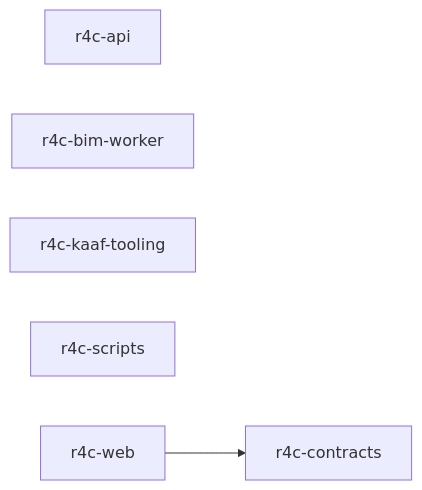
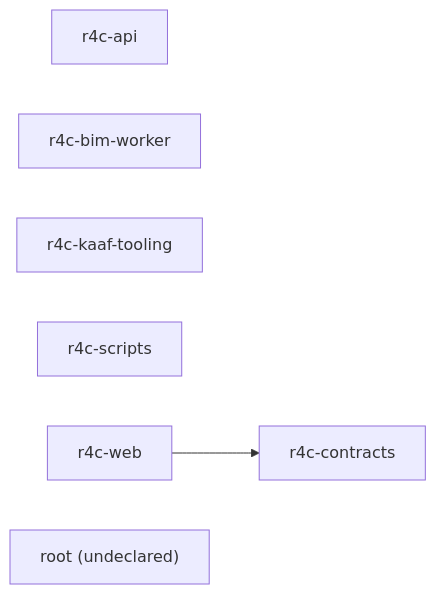
The diagram in .ai/summary.md (Islamce/R4C), drawn with Mermaid before and after one commit. The commit also changed other lines of this file and 14 other files, not shown here.

Commit message:
chore(kaaf): refresh generated architecture context

````diff
--- a/.ai/summary.md
+++ b/.ai/summary.md
@@ -32,10 +33,11 @@
 ```mermaid
 graph LR
   r4c_api["r4c-api"]
   r4c_bim_worker["r4c-bim-worker"]
   r4c_contracts["r4c-contracts"]
   r4c_kaaf_tooling["r4c-kaaf-tooling"]
   r4c_scripts["r4c-scripts"]
   r4c_web["r4c-web"]
+  root["root (undeclared)"]
   r4c_web --> r4c_contracts
 ```
````
